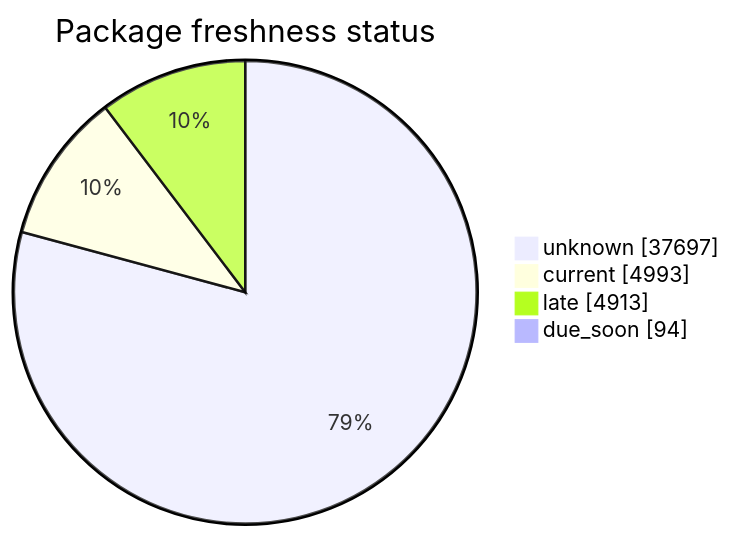
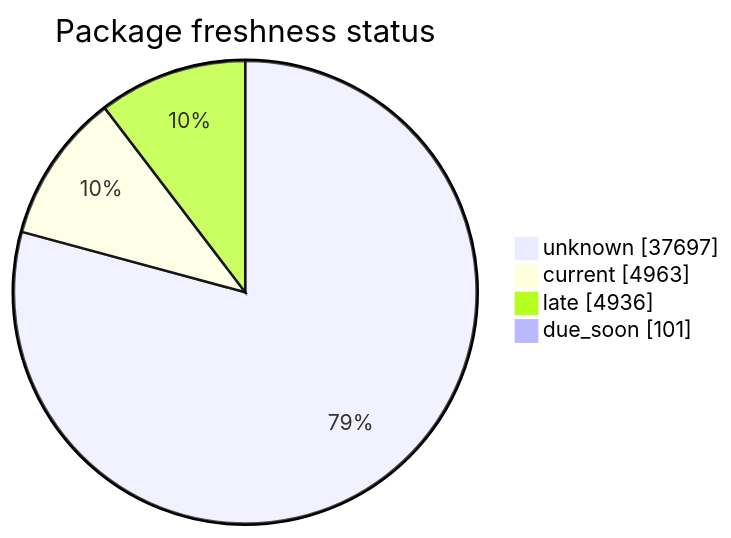
Before and after one commit to open-data/analytics-corporate-reporting: the second of 5 diagrams in FreshCheck/README.md, drawn with Mermaid. The commit also changed other lines of this file and 3 other files, not shown here.

````diff
--- a/FreshCheck/README.md
+++ b/FreshCheck/README.md
@@ -68,7 +68,7 @@
 ```mermaid
 pie showData title Package freshness status
     "unknown": 37697
-    "current": 4993
-    "late": 4913
-    "due_soon": 94
+    "current": 4963
+    "late": 4936
+    "due_soon": 101
 ```
````
